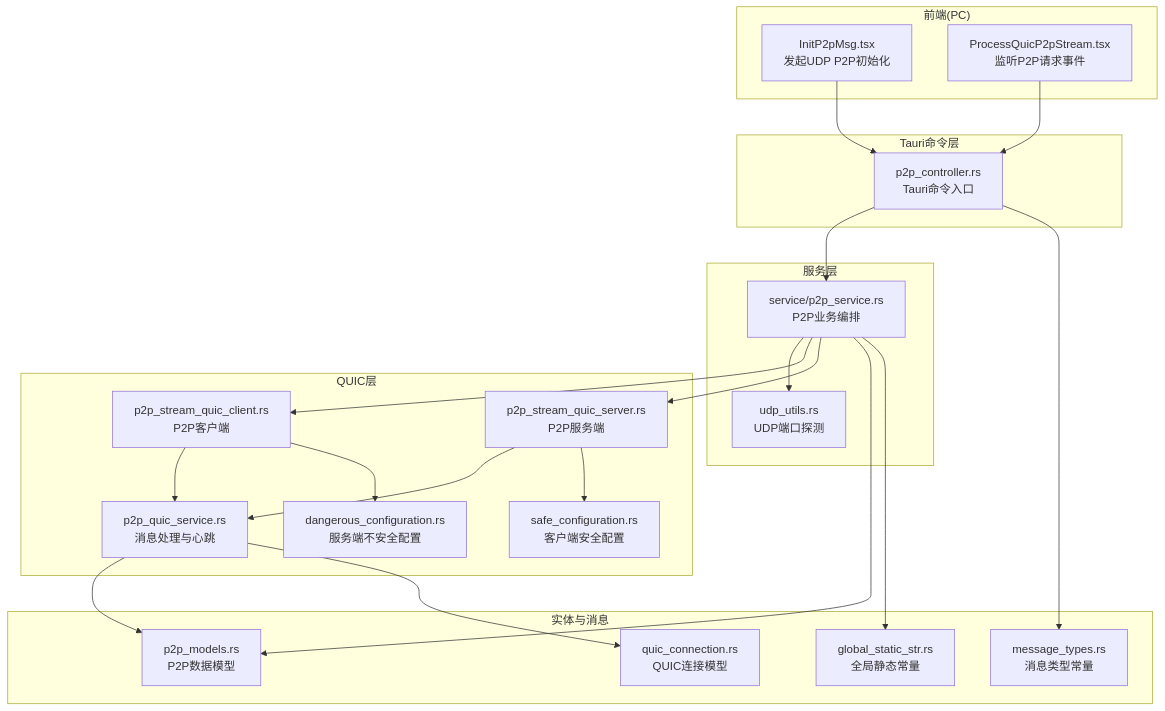
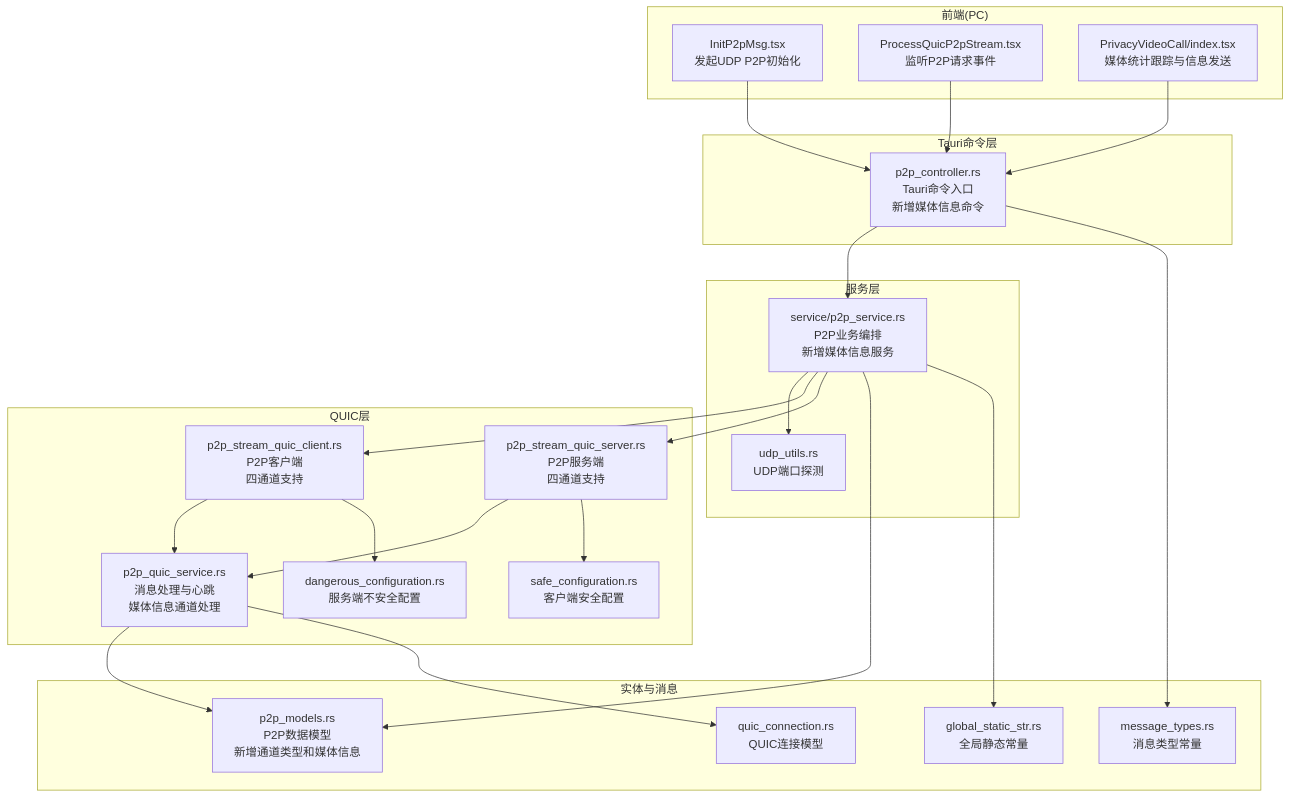
One commit to nicolastinger/only-talk-app changed the first of 13 diagrams in .qoder/repowiki/zh/content/后端服务/P2P服务.md. Above: the diagram before and after it, drawn with Mermaid. The commit also changed other lines of this file and 12 other files, not shown here.

````diff
--- a/.qoder/repowiki/zh/content/后端服务/P2P服务.md
+++ b/.qoder/repowiki/zh/content/后端服务/P2P服务.md
@@ -54,42 +57,44 @@
 ```mermaid
 graph TB
 subgraph "前端(PC)"
 FE_Init["InitP2pMsg.tsx<br/>发起UDP P2P初始化"]
 FE_Listen["ProcessQuicP2pStream.tsx<br/>监听P2P请求事件"]
+FE_MediaInfo["PrivacyVideoCall/index.tsx<br/>媒体统计跟踪与信息发送"]
 end
 subgraph "Tauri命令层"
-CMD["p2p_controller.rs<br/>Tauri命令入口"]
+CMD["p2p_controller.rs<br/>Tauri命令入口<br/>新增媒体信息命令"]
 end
 subgraph "服务层"
-SVC["service/p2p_service.rs<br/>P2P业务编排"]
+SVC["service/p2p_service.rs<br/>P2P业务编排<br/>新增媒体信息服务"]
 UDP["udp_utils.rs<br/>UDP端口探测"]
 end
 subgraph "QUIC层"
-CLI["p2p_stream_quic_client.rs<br/>P2P客户端"]
-SRV["p2p_stream_quic_server.rs<br/>P2P服务端"]
-CORE["p2p_quic_service.rs<br/>消息处理与心跳"]
+CLI["p2p_stream_quic_client.rs<br/>P2P客户端<br/>四通道支持"]
+SRV["p2p_stream_quic_server.rs<br/>P2P服务端<br/>四通道支持"]
+CORE["p2p_quic_service.rs<br/>消息处理与心跳<br/>媒体信息通道处理"]
 CFG_D["dangerous_configuration.rs<br/>服务端不安全配置"]
 CFG_S["safe_configuration.rs<br/>客户端安全配置"]
 end
 subgraph "实体与消息"
-MODELS["p2p_models.rs<br/>P2P数据模型"]
+MODELS["p2p_models.rs<br/>P2P数据模型<br/>新增通道类型和媒体信息"]
 TYPES["message_types.rs<br/>消息类型常量"]
 QCONN["quic_connection.rs<br/>QUIC连接模型"]
 GLOB["global_static_str.rs<br/>全局静态常量"]
 end
 FE_Init --> CMD
 FE_Listen --> CMD
+FE_MediaInfo --> CMD
 CMD --> SVC
 SVC --> UDP
 SVC --> CLI
 SVC --> SRV
 CLI --> CORE
 SRV --> CORE
 CORE --> MODELS
 SVC --> MODELS
 CMD --> TYPES
 CLI --> CFG_D
 SRV --> CFG_S
 CORE --> QCONN
 SVC --> GLOB
 ```
````
